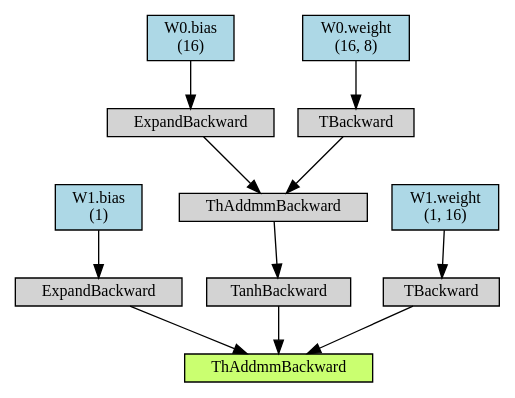
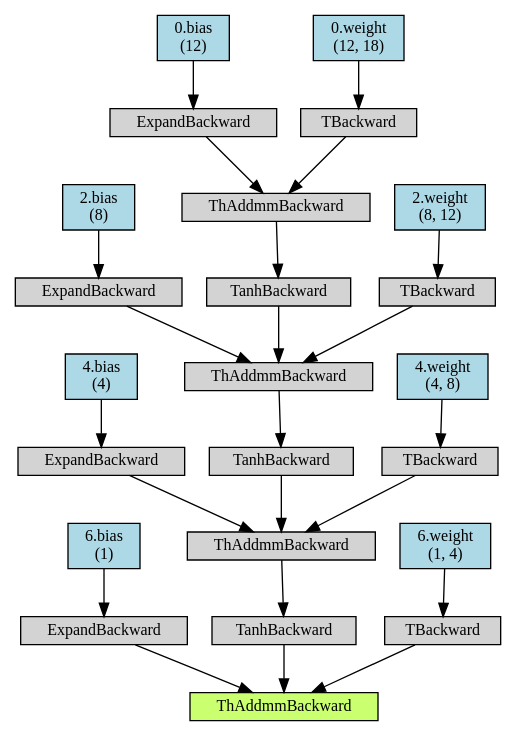
The diagram in Digraph.gv (HongminWu/dagmm), drawn with Graphviz before and after one commit. The commit also changed 6 other files, not shown here.

```diff
--- a/Digraph.gv
+++ b/Digraph.gv
@@ -1,29 +1,57 @@
 digraph {
 	graph [size="12,12"]
 	node [align=left fontsize=12 height=0.2 ranksep=0.1 shape=box style=filled]
-	140387179557272 [label=ThAddmmBackward fillcolor=darkolivegreen1]
-	140387179558616 -> 140387179557272
-	140387179558616 [label=ExpandBackward]
-	140387179123432 -> 140387179558616
-	140387179123432 [label="W1.bias
+	140284196609384 [label=ThAddmmBackward fillcolor=darkolivegreen1]
+	140284196609776 -> 140284196609384
+	140284196609776 [label=ExpandBackward]
+	140284196609048 -> 140284196609776
+	140284196609048 [label="6.bias
  (1)" fillcolor=lightblue]
-	140387179560016 -> 140387179557272
-	140387179560016 [label=TanhBackward]
-	140387179124832 -> 140387179560016
-	140387179124832 [label=ThAddmmBackward]
-	140387179124944 -> 140387179124832
-	140387179124944 [label=ExpandBackward]
-	140387179125112 -> 140387179124944
-	140387179125112 [label="W0.bias
- (16)" fillcolor=lightblue]
-	140387179125000 -> 140387179124832
-	140387179125000 [label=TBackward]
-	140387179125168 -> 140387179125000
-	140387179125168 [label="W0.weight
- (16, 8)" fillcolor=lightblue]
-	140387179560240 -> 140387179557272
-	140387179560240 [label=TBackward]
-	140387179124888 -> 140387179560240
-	140387179124888 [label="W1.weight
- (1, 16)" fillcolor=lightblue]
+	140284196609552 -> 140284196609384
+	140284196609552 [label=TanhBackward]
+	140284196608768 -> 140284196609552
+	140284196608768 [label=ThAddmmBackward]
+	140284197077288 -> 140284196608768
+	140284197077288 [label=ExpandBackward]
+	140284196676608 -> 140284197077288
+	140284196676608 [label="4.bias
+ (4)" fillcolor=lightblue]
+	140284196676440 -> 140284196608768
+	140284196676440 [label=TanhBackward]
+	140284196676664 -> 140284196676440
+	140284196676664 [label=ThAddmmBackward]
+	140284196676776 -> 140284196676664
+	140284196676776 [label=ExpandBackward]
+	140284196677000 -> 140284196676776
+	140284196677000 [label="2.bias
+ (8)" fillcolor=lightblue]
+	140284196676832 -> 140284196676664
+	140284196676832 [label=TanhBackward]
+	140284196677056 -> 140284196676832
+	140284196677056 [label=ThAddmmBackward]
+	140284196677168 -> 140284196677056
+	140284196677168 [label=ExpandBackward]
+	140284196677336 -> 140284196677168
+	140284196677336 [label="0.bias
+ (12)" fillcolor=lightblue]
+	140284196677224 -> 140284196677056
+	140284196677224 [label=TBackward]
+	140284196677392 -> 140284196677224
+	140284196677392 [label="0.weight
+ (12, 18)" fillcolor=lightblue]
+	140284196676888 -> 140284196676664
+	140284196676888 [label=TBackward]
+	140284196677112 -> 140284196676888
+	140284196677112 [label="2.weight
+ (8, 12)" fillcolor=lightblue]
+	140284196676496 -> 140284196608768
+	140284196676496 [label=TBackward]
+	140284196676720 -> 140284196676496
+	140284196676720 [label="4.weight
+ (4, 8)" fillcolor=lightblue]
+	140284196609944 -> 140284196609384
+	140284196609944 [label=TBackward]
+	140284196609272 -> 140284196609944
+	140284196609272 [label="6.weight
+ (1, 4)" fillcolor=lightblue]
 }
```
